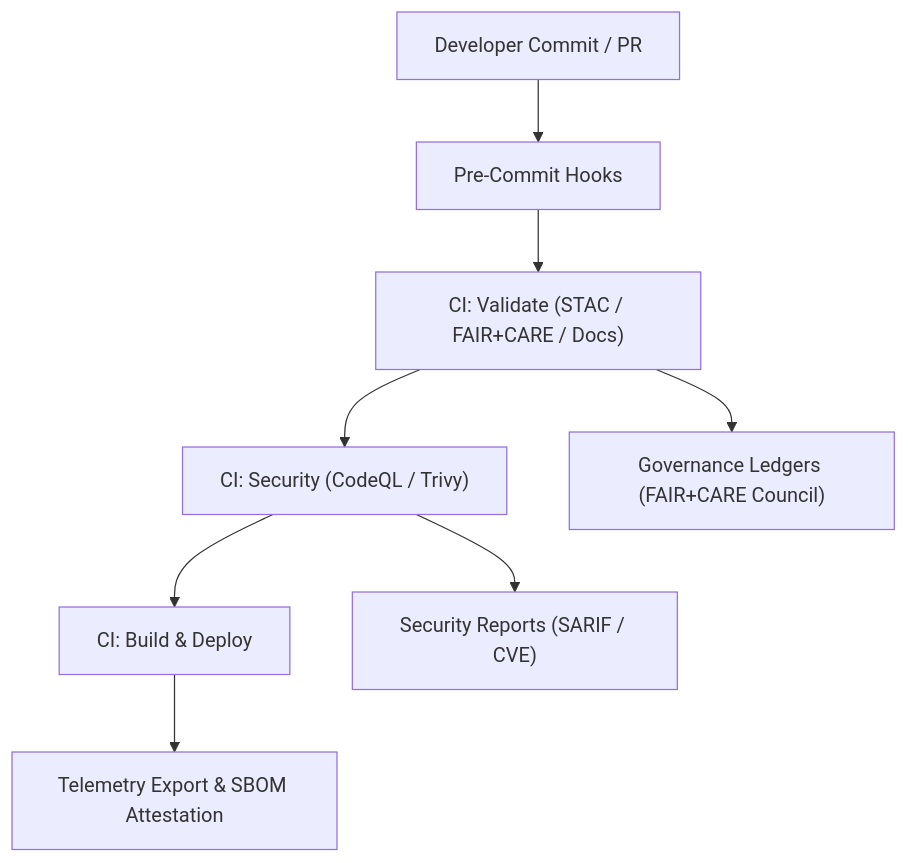
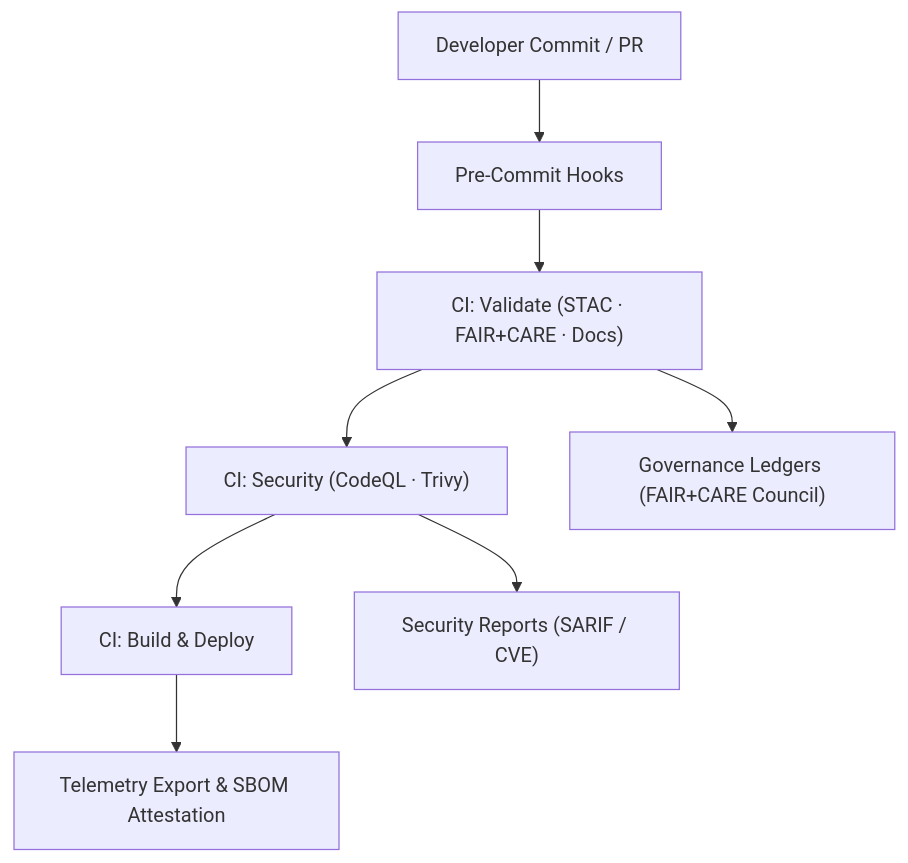
The diagram in .github/SECURITY.md (bartytime4life/Kansas-Frontier-Matrix), drawn with Mermaid before and after one commit. The commit also changed other lines of this file, not shown here.

````diff
--- a/.github/SECURITY.md
+++ b/.github/SECURITY.md
@@ -116,10 +139,10 @@
 ```mermaid
 flowchart TD
 A["Developer Commit / PR"] --> B["Pre-Commit Hooks"]
-B --> C["CI: Validate (STAC / FAIR+CARE / Docs)"]
-C --> D["CI: Security (CodeQL / Trivy)"]
+B --> C["CI: Validate (STAC · FAIR+CARE · Docs)"]
+C --> D["CI: Security (CodeQL · Trivy)"]
 D --> E["CI: Build & Deploy"]
 E --> F["Telemetry Export & SBOM Attestation"]
 D --> G["Security Reports (SARIF / CVE)"]
 C --> H["Governance Ledgers (FAIR+CARE Council)"]
 ```
````
